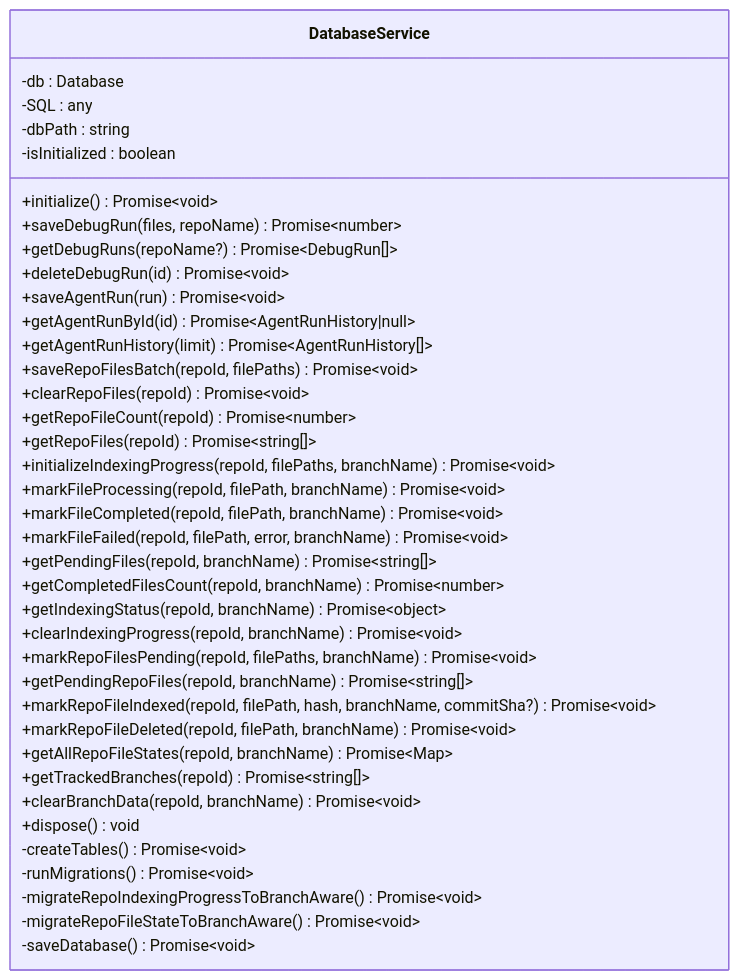
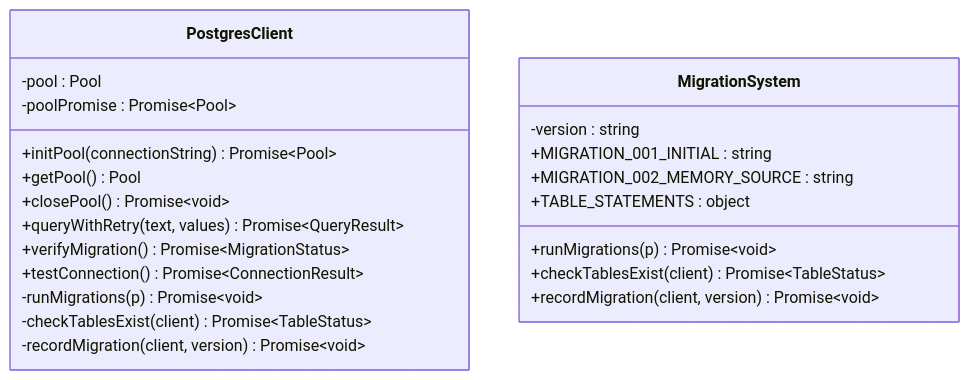
One commit to bramburn/repomix-runner changed the third of 3 diagrams in .qoder/repowiki/en/content/Storage System/Storage System.md. Above: the diagram before and after it, drawn with Mermaid. The commit also changed other lines of this file and 40 other files, not shown here.

First line of the commit message:
feat(storage): migrate chat persistence to PostgreSQL

````diff
--- a/.qoder/repowiki/en/content/Storage System/Storage System.md
+++ b/.qoder/repowiki/en/content/Storage System/Storage System.md
@@ -212,41 +213,25 @@
 ```mermaid
 classDiagram
-class DatabaseService {
--db : Database
--SQL : any
--dbPath : string
--isInitialized : boolean
-+initialize() Promise~void~
-+saveDebugRun(files, repoName) Promise~number~
-+getDebugRuns(repoName?) Promise~DebugRun[]~
-+deleteDebugRun(id) Promise~void~
-+saveAgentRun(run) Promise~void~
-+getAgentRunById(id) Promise~AgentRunHistory|null~
-+getAgentRunHistory(limit) Promise~AgentRunHistory[]~
-+saveRepoFilesBatch(repoId, filePaths) Promise~void~
-+clearRepoFiles(repoId) Promise~void~
-+getRepoFileCount(repoId) Promise~number~
-+getRepoFiles(repoId) Promise~string[]~
-+initializeIndexingProgress(repoId, filePaths, branchName) Promise~void~
-+markFileProcessing(repoId, filePath, branchName) Promise~void~
-+markFileCompleted(repoId, filePath, branchName) Promise~void~
-+markFileFailed(repoId, filePath, error, branchName) Promise~void~
-+getPendingFiles(repoId, branchName) Promise~string[]~
-+getCompletedFilesCount(repoId, branchName) Promise~number~
-+getIndexingStatus(repoId, branchName) Promise~object~
-+clearIndexingProgress(repoId, branchName) Promise~void~
-+markRepoFilesPending(repoId, filePaths, branchName) Promise~void~
-+getPendingRepoFiles(repoId, branchName) Promise~string[]~
-+markRepoFileIndexed(repoId, filePath, hash, branchName, commitSha?) Promise~void~
-+markRepoFileDeleted(repoId, filePath, branchName) Promise~void~
-+getAllRepoFileStates(repoId, branchName) Promise~Map~
-+getTrackedBranches(repoId) Promise~string[]~
-+clearBranchData(repoId, branchName) Promise~void~
-+dispose() void
--createTables() Promise~void~
--runMigrations() Promise~void~
--migrateRepoIndexingProgressToBranchAware() Promise~void~
--migrateRepoFileStateToBranchAware() Promise~void~
--saveDatabase() Promise~void~
+class PostgresClient {
+-pool : Pool
+-poolPromise : Promise~Pool~
++initPool(connectionString) Promise~Pool~
++getPool() Pool
++closePool() Promise~void~
++queryWithRetry(text, values) Promise~QueryResult~
++verifyMigration() Promise~MigrationStatus~
++testConnection() Promise~ConnectionResult~
+-runMigrations(p) Promise~void~
+-checkTablesExist(client) Promise~TableStatus~
+-recordMigration(client, version) Promise~void~
+}
+class MigrationSystem {
+-version : string
++MIGRATION_001_INITIAL : string
++MIGRATION_002_MEMORY_SOURCE : string
++TABLE_STATEMENTS : object
++runMigrations(p) Promise~void~
++checkTablesExist(client) Promise~TableStatus~
++recordMigration(client, version) Promise~void~
 }
 ```
````
